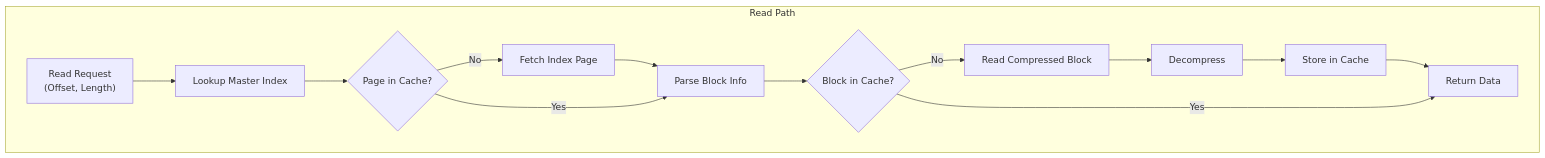
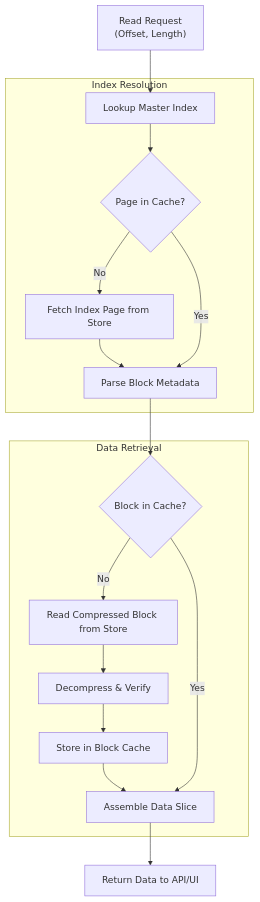
The fourth of 5 diagrams in docs/internals/data_flow.md (hexz-org/hexz), drawn with Mermaid before and after one commit. The commit also changed other lines of this file, not shown here.

Commit message:
Another data flow improvement.

````diff
--- a/docs/internals/data_flow.md
+++ b/docs/internals/data_flow.md
@@ -139,20 +140,22 @@
 ```mermaid
 flowchart TD
-    subgraph Read Path
-        Request["Read Request\n(Offset, Length)"] --> MasterIndex[Lookup Master Index]
+    Request["Read Request\n(Offset, Length)"] --> MasterIndex[Lookup Master Index]
+    
+    subgraph "Index Resolution"
         MasterIndex --> PageCache{Page in Cache?}
-        
-        PageCache -- No --> FetchPage[Fetch Index Page]
-        FetchPage --> ParsePage[Parse Block Info]
+        PageCache -- No --> FetchPage[Fetch Index Page from Store]
+        FetchPage --> ParsePage[Parse Block Metadata]
         PageCache -- Yes --> ParsePage
-        
+    end
+    
+    subgraph "Data Retrieval"
         ParsePage --> BlockCache{Block in Cache?}
-        
-        BlockCache -- No --> FetchBlock[Read Compressed Block]
-        FetchBlock --> Decompress[Decompress]
-        Decompress --> StoreCache[Store in Cache]
-        StoreCache --> Return
-        
-        BlockCache -- Yes --> Return[Return Data]
+        BlockCache -- No --> FetchBlock[Read Compressed Block from Store]
+        FetchBlock --> Decompress[Decompress & Verify]
+        Decompress --> StoreCache[Store in Block Cache]
+        StoreCache --> Assemble
+        BlockCache -- Yes --> Assemble[Assemble Data Slice]
     end
+    
+    Assemble --> Return[Return Data to API/UI]
 ```
````
